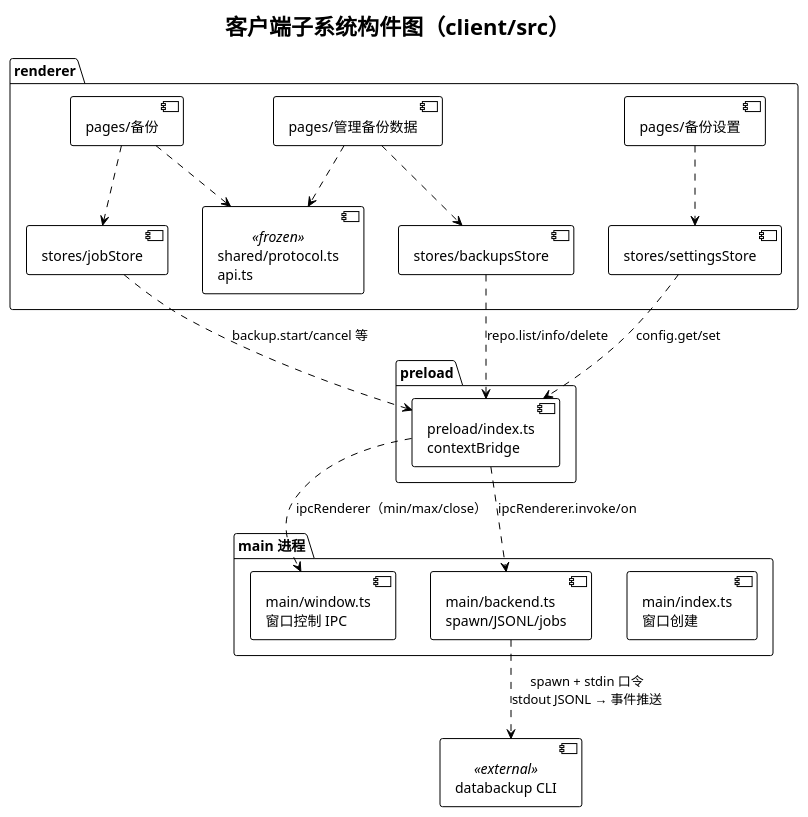
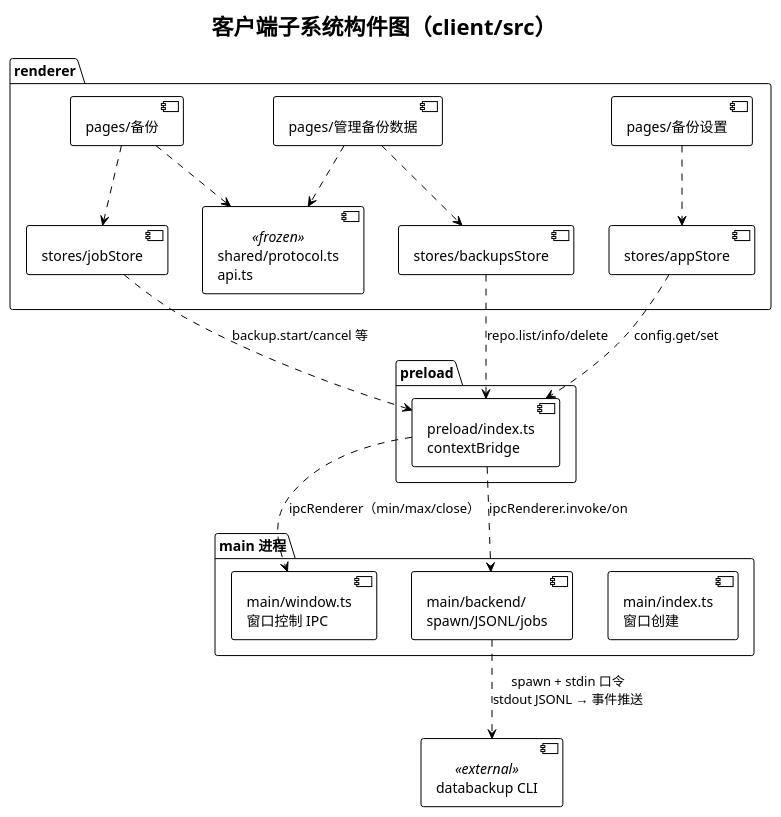
The diagram in docs/deliverables/diagrams/component-client.puml (Piaoxuemoli/software-class-qoobeewang), drawn with PlantUML before and after one commit. The commit also changed 16 other files, not shown here.

```diff
--- a/docs/deliverables/diagrams/component-client.puml
+++ b/docs/deliverables/diagrams/component-client.puml
@@ -1,35 +1,35 @@
 @startuml component-client
 !theme plain
 title 客户端子系统构件图（client/src）
 
 package "main 进程" {
   [main/index.ts\n窗口创建] as mindex
   [main/window.ts\n窗口控制 IPC] as mwindow
-  [main/backend.ts\nspawn/JSONL/jobs] as mbackend
+  [main/backend/\nspawn/JSONL/jobs] as mbackend
 }
 package "preload" {
   [preload/index.ts\ncontextBridge] as pre
 }
 package "renderer" {
   [stores/jobStore] as jobStore
   [stores/backupsStore] as backupsStore
-  [stores/settingsStore] as settingsStore
+  [stores/appStore] as appStore
   [pages/备份] as pBackup
   [pages/管理备份数据] as pManage
   [pages/备份设置] as pSettings
   [shared/protocol.ts\napi.ts] as shared <<frozen>>
 }
 [databackup CLI] as cli <<external>>
 
 pBackup ..> jobStore
 pManage ..> backupsStore
-pSettings ..> settingsStore
+pSettings ..> appStore
 jobStore ..> pre : backup.start/cancel 等
 backupsStore ..> pre : repo.list/info/delete
-settingsStore ..> pre : config.get/set
+appStore ..> pre : config.get/set
 pBackup ..> shared
 pManage ..> shared
 pre ..> mbackend : ipcRenderer.invoke/on
 pre ..> mwindow : ipcRenderer（min/max/close）
 mbackend ..> cli : spawn + stdin 口令\nstdout JSONL → 事件推送
 @enduml
```
